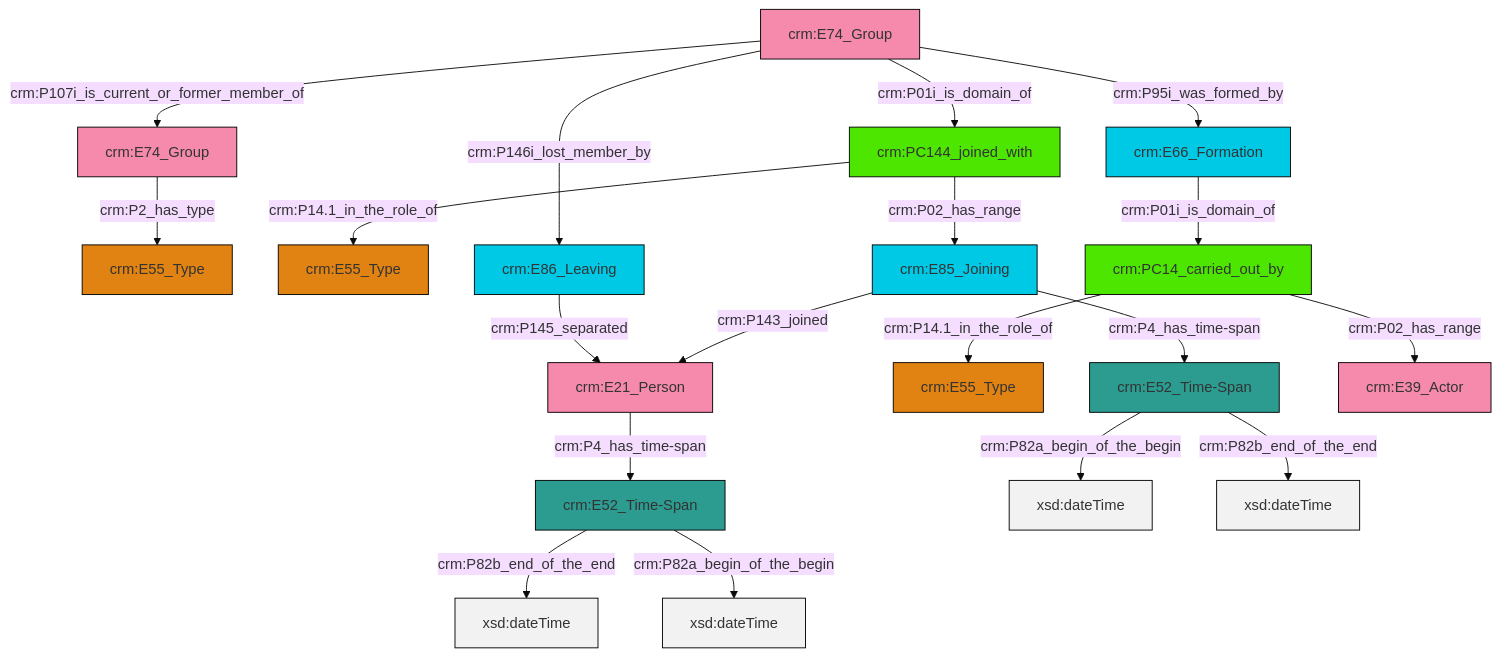
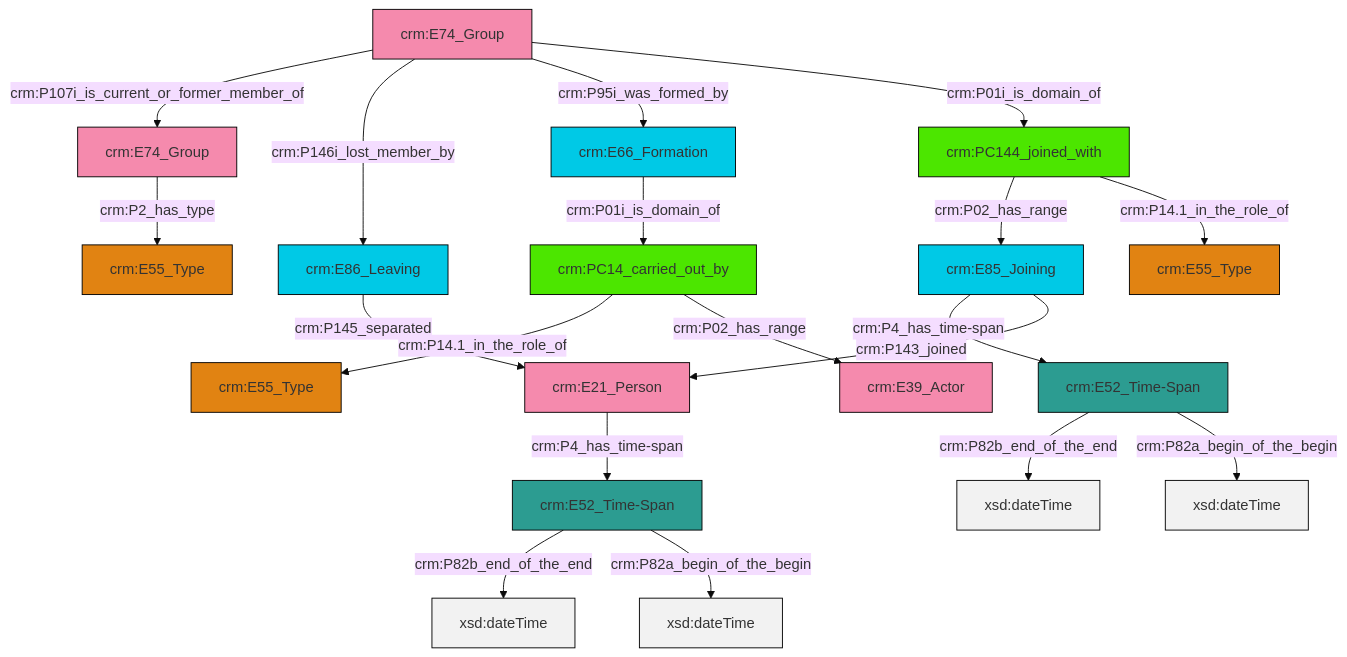
The diagram in et/groupCSV/ttl/mmd/group_actor_relations.ttl.mmd (swiss-art-research-net/docs.swissartresearch), drawn with Mermaid (base theme) before and after one commit. The commit also changed 176 other files, not shown here.

```diff
--- a/et/groupCSV/ttl/mmd/group_actor_relations.ttl.mmd
+++ b/et/groupCSV/ttl/mmd/group_actor_relations.ttl.mmd
@@ -1,33 +1,33 @@
 graph TD
 classDef Literal fill:#f2f2f2,stroke:#000000;
 classDef CRM_Entity fill:#FFFFFF,stroke:#000000;
 classDef Temporal_Entity fill:#00C9E6, stroke:#000000;
 classDef Type fill:#E18312, stroke:#000000;
 classDef Time-Span fill:#2C9C91, stroke:#000000;
 classDef Appellation fill:#FFEB7F, stroke:#000000;
 classDef Place fill:#008836, stroke:#000000;
 classDef Persistent_Item fill:#B266B2, stroke:#000000;
 classDef Conceptual_Object fill:#FFD700, stroke:#000000;
 classDef Physical_Thing fill:#D2B48C, stroke:#000000;
 classDef Actor fill:#f58aad, stroke:#000000;
 classDef PC_Classes fill:#4ce600, stroke:#000000;
 classDef Multi fill:#cccccc,stroke:#000000;
 
-11["crm:E21_Person"]:::Actor -->|crm:P4_has_time-span| 12["crm:E52_Time-Span"]:::Time-Span
-12["crm:E52_Time-Span"]:::Time-Span -->|crm:P82b_end_of_the_end| 13[xsd:dateTime]:::Literal
-18["crm:E74_Group"]:::Actor -->|crm:P01i_is_domain_of| 9["crm:PC144_joined_with"]:::PC_Classes
-0["crm:E66_Formation"]:::Temporal_Entity -->|crm:P01i_is_domain_of| 21["crm:PC14_carried_out_by"]:::PC_Classes
-23["crm:E85_Joining"]:::Temporal_Entity -->|crm:P143_joined| 11["crm:E21_Person"]:::Actor
-24["crm:E52_Time-Span"]:::Time-Span -->|crm:P82a_begin_of_the_begin| 25[xsd:dateTime]:::Literal
-18["crm:E74_Group"]:::Actor -->|crm:P107i_is_current_or_former_member_of| 4["crm:E74_Group"]:::Actor
-21["crm:PC14_carried_out_by"]:::PC_Classes -->|crm:P02_has_range| 27["crm:E39_Actor"]:::Actor
-12["crm:E52_Time-Span"]:::Time-Span -->|crm:P82a_begin_of_the_begin| 28[xsd:dateTime]:::Literal
-18["crm:E74_Group"]:::Actor -->|crm:P95i_was_formed_by| 0["crm:E66_Formation"]:::Temporal_Entity
-9["crm:PC144_joined_with"]:::PC_Classes -->|crm:P14.1_in_the_role_of| 6["crm:E55_Type"]:::Type
-18["crm:E74_Group"]:::Actor -->|crm:P146i_lost_member_by| 16["crm:E86_Leaving"]:::Temporal_Entity
-21["crm:PC14_carried_out_by"]:::PC_Classes -->|crm:P14.1_in_the_role_of| 14["crm:E55_Type"]:::Type
-24["crm:E52_Time-Span"]:::Time-Span -->|crm:P82b_end_of_the_end| 32[xsd:dateTime]:::Literal
-9["crm:PC144_joined_with"]:::PC_Classes -->|crm:P02_has_range| 23["crm:E85_Joining"]:::Temporal_Entity
-16["crm:E86_Leaving"]:::Temporal_Entity -->|crm:P145_separated| 11["crm:E21_Person"]:::Actor
-4["crm:E74_Group"]:::Actor -->|crm:P2_has_type| 2["crm:E55_Type"]:::Type
-23["crm:E85_Joining"]:::Temporal_Entity -->|crm:P4_has_time-span| 24["crm:E52_Time-Span"]:::Time-Span
+0["crm:E74_Group"]:::Actor -->|crm:P107i_is_current_or_former_member_of| 1["crm:E74_Group"]:::Actor
+0["crm:E74_Group"]:::Actor -->|crm:P146i_lost_member_by| 2["crm:E86_Leaving"]:::Temporal_Entity
+1["crm:E74_Group"]:::Actor -->|crm:P2_has_type| 3["crm:E55_Type"]:::Type
+0["crm:E74_Group"]:::Actor -->|crm:P95i_was_formed_by| 4["crm:E66_Formation"]:::Temporal_Entity
+9["crm:E85_Joining"]:::Temporal_Entity -->|crm:P4_has_time-span| 10["crm:E52_Time-Span"]:::Time-Span
+9["crm:E85_Joining"]:::Temporal_Entity -->|crm:P143_joined| 12["crm:E21_Person"]:::Actor
+12["crm:E21_Person"]:::Actor -->|crm:P4_has_time-span| 18["crm:E52_Time-Span"]:::Time-Span
+15["crm:PC144_joined_with"]:::PC_Classes -->|crm:P02_has_range| 9["crm:E85_Joining"]:::Temporal_Entity
+19["crm:PC14_carried_out_by"]:::PC_Classes -->|crm:P14.1_in_the_role_of| 7["crm:E55_Type"]:::Type
+19["crm:PC14_carried_out_by"]:::PC_Classes -->|crm:P02_has_range| 20["crm:E39_Actor"]:::Actor
+0["crm:E74_Group"]:::Actor -->|crm:P01i_is_domain_of| 15["crm:PC144_joined_with"]:::PC_Classes
+15["crm:PC144_joined_with"]:::PC_Classes -->|crm:P14.1_in_the_role_of| 5["crm:E55_Type"]:::Type
+10["crm:E52_Time-Span"]:::Time-Span -->|crm:P82b_end_of_the_end| 28[xsd:dateTime]:::Literal
+4["crm:E66_Formation"]:::Temporal_Entity -->|crm:P01i_is_domain_of| 19["crm:PC14_carried_out_by"]:::PC_Classes
+10["crm:E52_Time-Span"]:::Time-Span -->|crm:P82a_begin_of_the_begin| 30[xsd:dateTime]:::Literal
+18["crm:E52_Time-Span"]:::Time-Span -->|crm:P82b_end_of_the_end| 31[xsd:dateTime]:::Literal
+2["crm:E86_Leaving"]:::Temporal_Entity -->|crm:P145_separated| 12["crm:E21_Person"]:::Actor
+18["crm:E52_Time-Span"]:::Time-Span -->|crm:P82a_begin_of_the_begin| 33[xsd:dateTime]:::Literal
```
